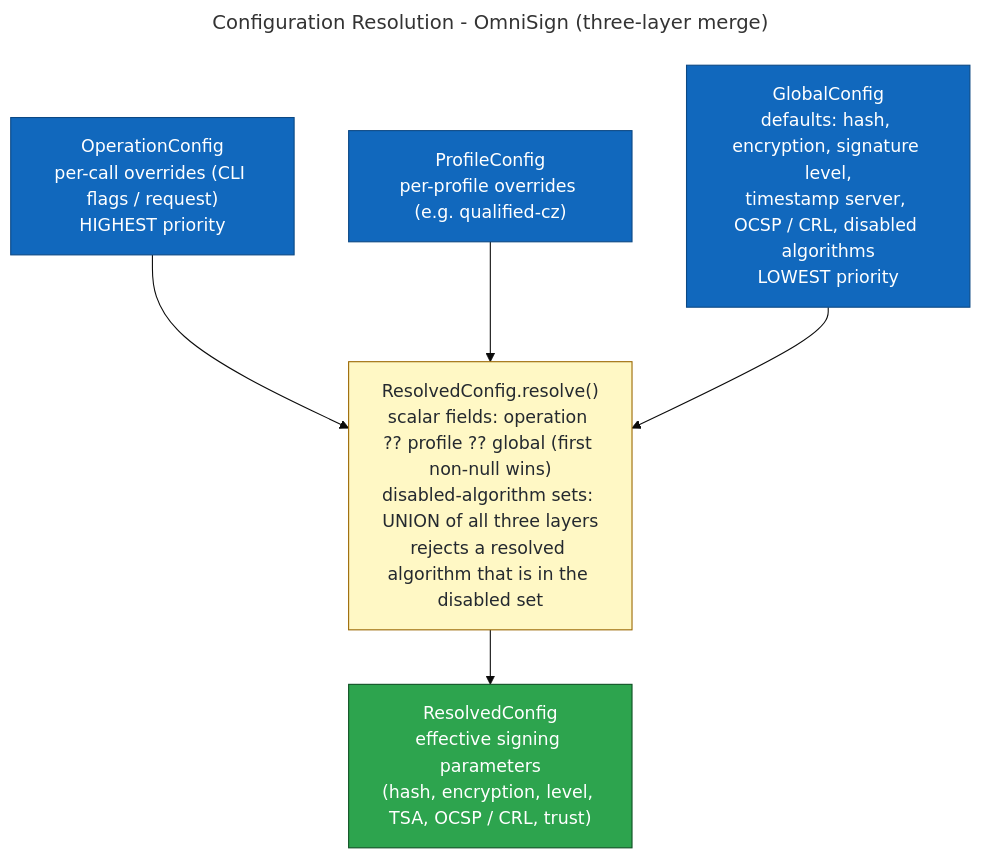
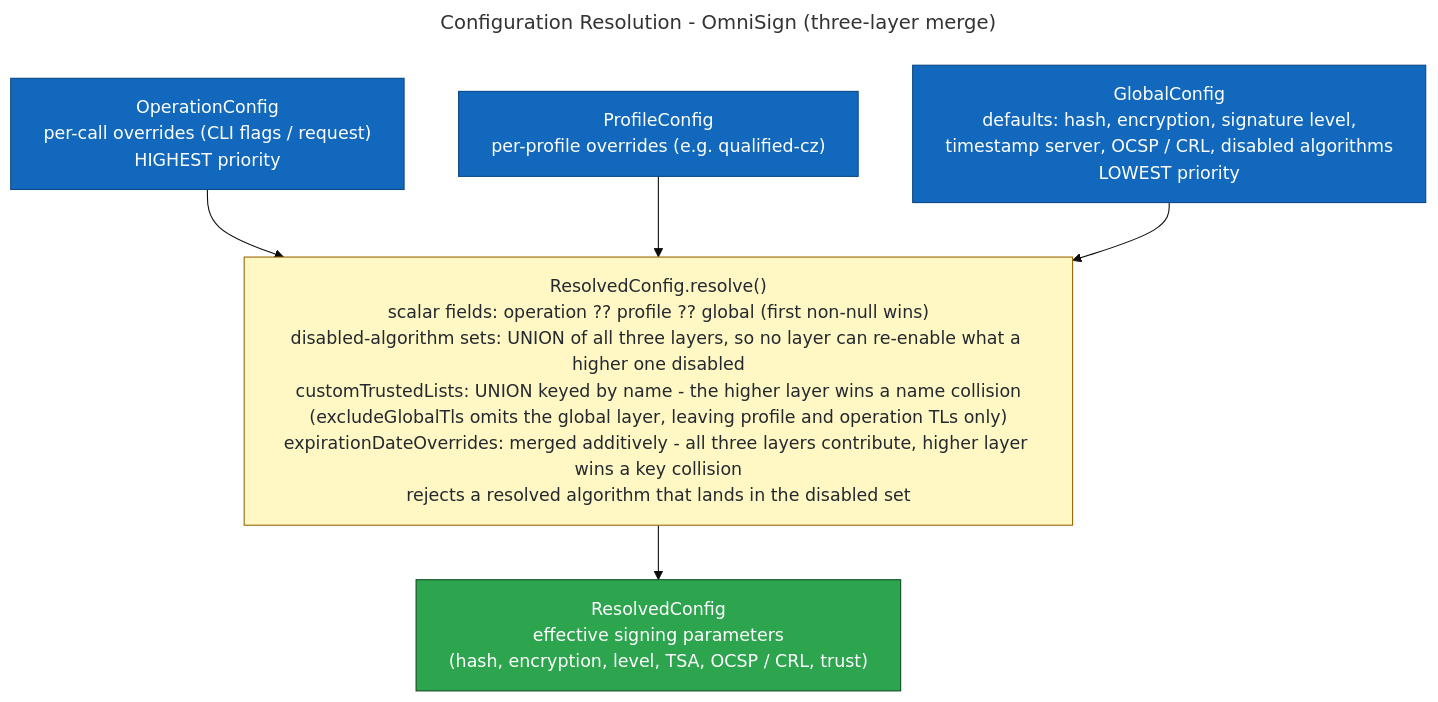
One commit to pizavo/omnisign changed the diagram in docs/diagrams/10-config-resolution.mmd. Above: the diagram before and after it, drawn with Mermaid (base theme). The commit also changed 3 other files, not shown here.

```diff
--- a/docs/diagrams/10-config-resolution.mmd
+++ b/docs/diagrams/10-config-resolution.mmd
@@ -1,21 +1,24 @@
 ---
 title: Configuration Resolution - OmniSign (three-layer merge)
+config:
+  flowchart:
+    wrappingWidth: 700
 ---
 flowchart TB
   O["OperationConfig<br/>per-call overrides (CLI flags / request)<br/>HIGHEST priority"]
   P["ProfileConfig<br/>per-profile overrides (e.g. qualified-cz)"]
   G["GlobalConfig<br/>defaults: hash, encryption, signature level,<br/>timestamp server, OCSP / CRL, disabled algorithms<br/>LOWEST priority"]
-  RESOLVE["ResolvedConfig.resolve()<br/>scalar fields: operation ?? profile ?? global (first non-null wins)<br/>disabled-algorithm sets: UNION of all three layers<br/>rejects a resolved algorithm that is in the disabled set"]
+  RESOLVE["ResolvedConfig.resolve()<br/>scalar fields: operation ?? profile ?? global (first non-null wins)<br/>disabled-algorithm sets: UNION of all three layers, so no layer can re-enable what a higher one disabled<br/>customTrustedLists: UNION keyed by name - the higher layer wins a name collision<br/>(excludeGlobalTls omits the global layer, leaving profile and operation TLs only)<br/>expirationDateOverrides: merged additively - all three layers contribute, higher layer wins a key collision<br/>rejects a resolved algorithm that lands in the disabled set"]
   R["ResolvedConfig<br/>effective signing parameters<br/>(hash, encryption, level, TSA, OCSP / CRL, trust)"]
 
   O --> RESOLVE
   P --> RESOLVE
   G --> RESOLVE
   RESOLVE --> R
 
   classDef layer fill:#1168bd,stroke:#0b4884,color:#ffffff
   classDef fn fill:#fff8c5,stroke:#9a6700,color:#24292f
   classDef result fill:#2da44e,stroke:#0d4f22,color:#ffffff
   class O,P,G layer
   class RESOLVE fn
   class R result
```
